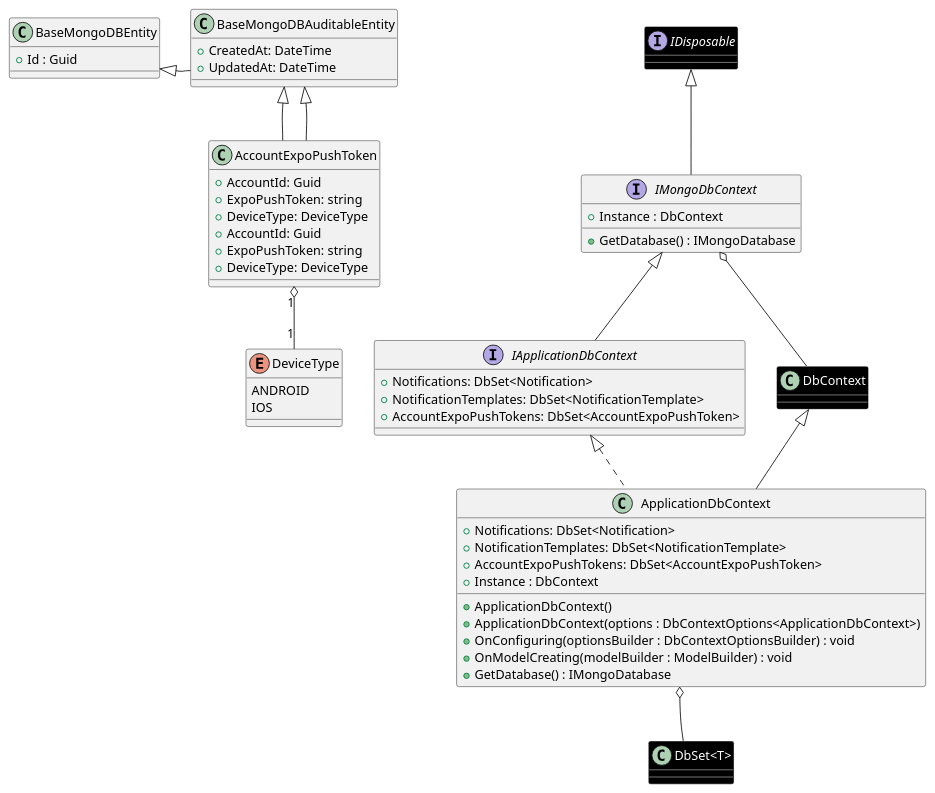
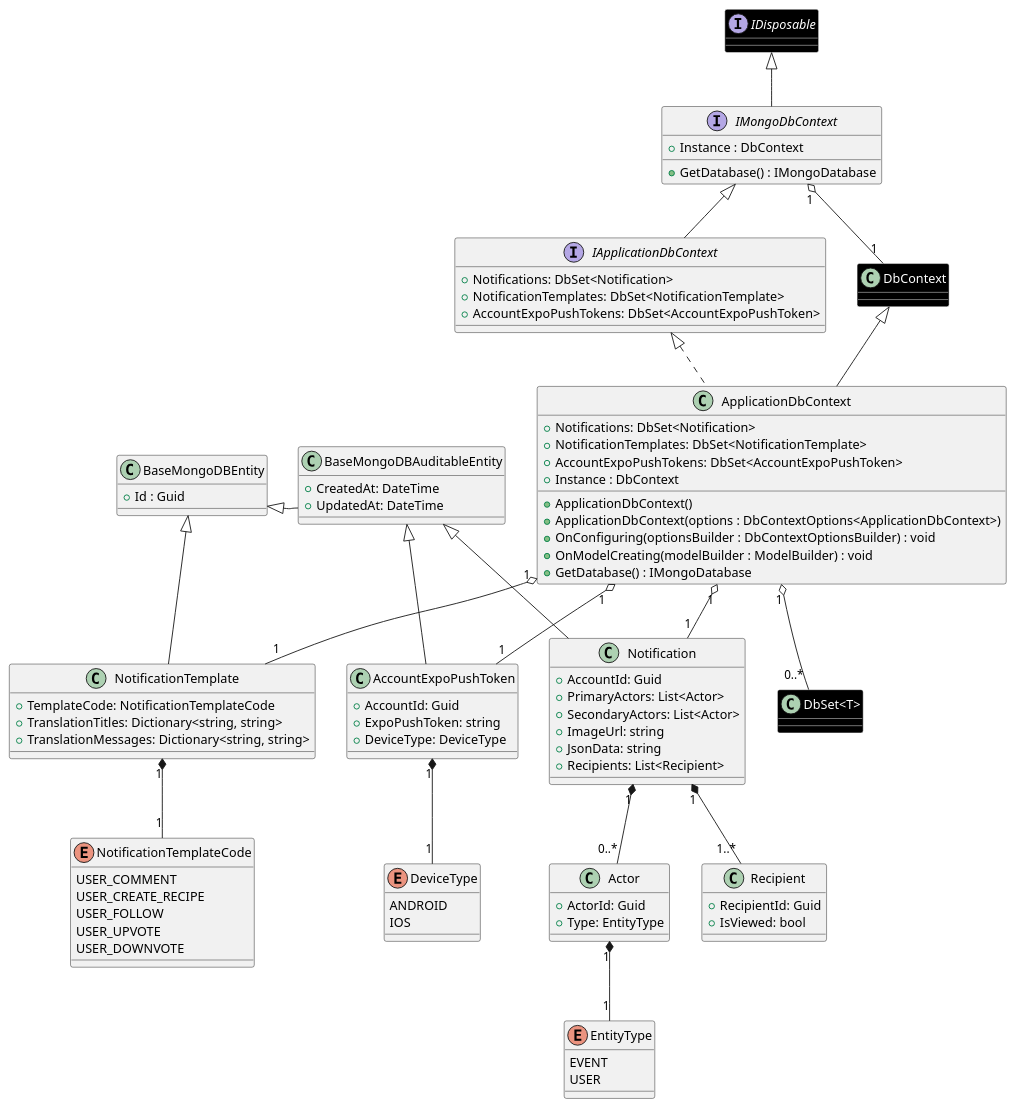
The diagram in doc/SDS/CommonClassDiagram/Notification/NotificationDbContext.plantuml (Carl-Johnsons/tastopia), drawn with PlantUML before and after one commit. The commit also changed 10 other files, not shown here.

Commit message:
doc: add some notification db context

```diff
--- a/doc/SDS/CommonClassDiagram/Notification/NotificationDbContext.plantuml
+++ b/doc/SDS/CommonClassDiagram/Notification/NotificationDbContext.plantuml
@@ -1,67 +1,109 @@
 @startuml NotificationDbContext
 
 interface IMongoDbContext extends IDisposable {
     +Instance : DbContext
     +GetDatabase() : IMongoDatabase
 }
 ' ========= Entity class =========
 class BaseMongoDBEntity {
     +Id : Guid
 }
 
 class BaseMongoDBAuditableEntity extends BaseMongoDBEntity {
     +CreatedAt: DateTime
     +UpdatedAt: DateTime
 }
 
 class AccountExpoPushToken extends BaseMongoDBAuditableEntity {
     +AccountId: Guid
     +ExpoPushToken: string
     +DeviceType: DeviceType
 }
 
-class AccountExpoPushToken extends BaseMongoDBAuditableEntity {
+class Notification extends BaseMongoDBAuditableEntity {
     +AccountId: Guid
-    +ExpoPushToken: string
-    +DeviceType: DeviceType
+    +PrimaryActors: List<Actor>
+    +SecondaryActors: List<Actor>
+    +ImageUrl: string
+    +JsonData: string
+    +Recipients: List<Recipient>
+}
+
+class Actor {
+    +ActorId: Guid
+    +Type: EntityType
+}
+
+class Recipient {
+    +RecipientId: Guid
+    +IsViewed: bool
+}
+
+class NotificationTemplate extends BaseMongoDBEntity {
+    +TemplateCode: NotificationTemplateCode
+    +TranslationTitles: Dictionary<string, string>
+    +TranslationMessages: Dictionary<string, string>
 }
 
 interface IApplicationDbContext extends IMongoDbContext {
     +Notifications: DbSet<Notification>
     +NotificationTemplates: DbSet<NotificationTemplate>
     +AccountExpoPushTokens: DbSet<AccountExpoPushToken>
 }
+
+enum NotificationTemplateCode {
+    USER_COMMENT
+    USER_CREATE_RECIPE
+    USER_FOLLOW
+    USER_UPVOTE
+    USER_DOWNVOTE
+}
+
+enum EntityType {
+    EVENT
+    USER
+}
+
 class ApplicationDbContext extends DbContext implements IApplicationDbContext {
     +Notifications: DbSet<Notification>
     +NotificationTemplates: DbSet<NotificationTemplate>
     +AccountExpoPushTokens: DbSet<AccountExpoPushToken>
     +Instance : DbContext
     +ApplicationDbContext()
     +ApplicationDbContext(options : DbContextOptions<ApplicationDbContext>)
     +OnConfiguring(optionsBuilder : DbContextOptionsBuilder) : void
     +OnModelCreating(modelBuilder : ModelBuilder) : void
     +GetDatabase() : IMongoDatabase
 }
 
 enum DeviceType {
     ANDROID
     IOS
 }
 
 ' ========= Library class =========
 interface IDisposable #black;line:white;text:white
 class "DbSet<T>" #black;line:white;text:white
 class DbContext #black;line:white;text:white
 
-IMongoDbContext o-- DbContext
+IMongoDbContext "1" o-- "1" DbContext
 
-AccountExpoPushToken "1" o-- "1" DeviceType
+AccountExpoPushToken "1" *-- "1" DeviceType
 
-ApplicationDbContext o-- "DbSet<T>"
+ApplicationDbContext "1" o-- "0..*" "DbSet<T>"
+ApplicationDbContext "1" o-- "1" "Notification"
+ApplicationDbContext "1" o-- "1" "NotificationTemplate"
+ApplicationDbContext "1" o-- "1" "AccountExpoPushToken"
+
+Notification "1" *--"0..*" Actor
+Notification "1" *--"1..*" Recipient
+NotificationTemplate "1" *-- "1" NotificationTemplateCode
+
+"Actor" "1" *-- "1" EntityType
 
 ' =========== Style ==============
 ApplicationDbContext o-[hidden]down- "DbSet<T>"
 
 BaseMongoDBAuditableEntity -[hidden]right- BaseMongoDBEntity 
 
 @enduml
```
